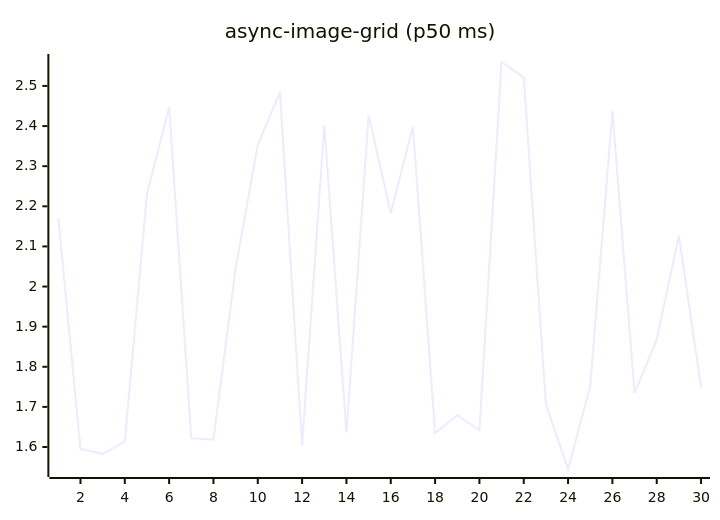
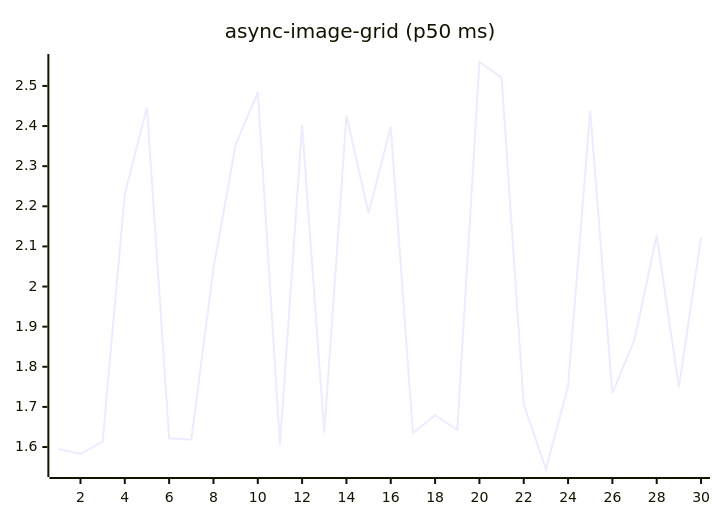
The fifth of 27 diagrams in README.md (josha/Facet), drawn with Mermaid before and after one commit. The commit also changed other lines of this file and 2 other files, not shown here.

````diff
--- a/README.md
+++ b/README.md
@@ -91,6 +91,6 @@
 ```mermaid
 xychart-beta
     title "async-image-grid (p50 ms)"
     x-axis 1 --> 30
-    line [2.1710, 1.5954, 1.5829, 1.6137, 2.2308, 2.4470, 1.6216, 1.6184, 2.0452, 2.3531, 2.4847, 1.6045, 2.4025, 1.6357, 2.4260, 2.1835, 2.3985, 1.6346, 1.6792, 1.6424, 2.5597, 2.5214, 1.7066, 1.5452, 1.7512, 2.4372, 1.7341, 1.8684, 2.1272, 1.7487]
+    line [1.5954, 1.5829, 1.6137, 2.2308, 2.4470, 1.6216, 1.6184, 2.0452, 2.3531, 2.4847, 1.6045, 2.4025, 1.6357, 2.4260, 2.1835, 2.3985, 1.6346, 1.6792, 1.6424, 2.5597, 2.5214, 1.7066, 1.5452, 1.7512, 2.4372, 1.7341, 1.8684, 2.1272, 1.7487, 2.1221]
 ```
````
